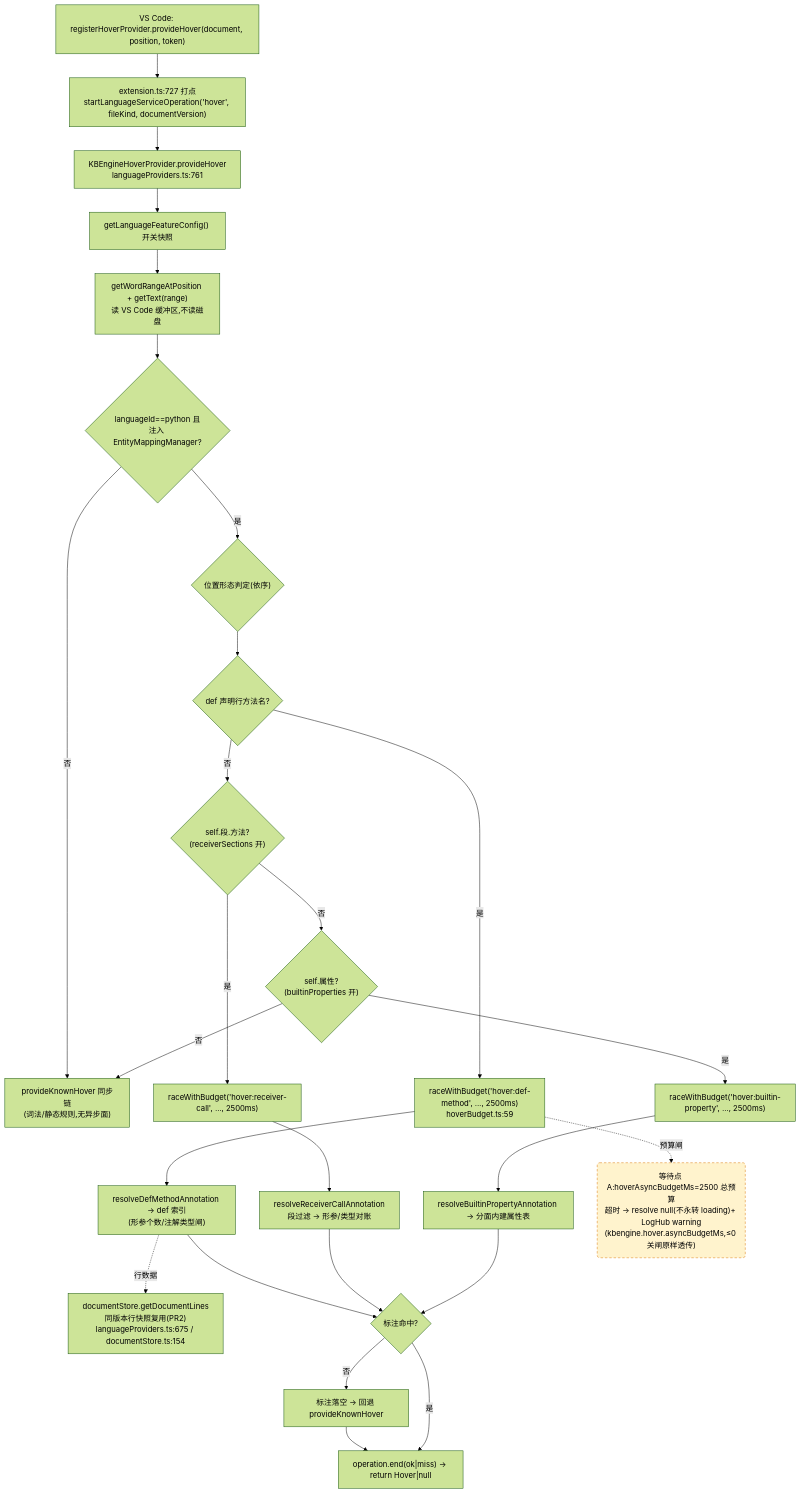
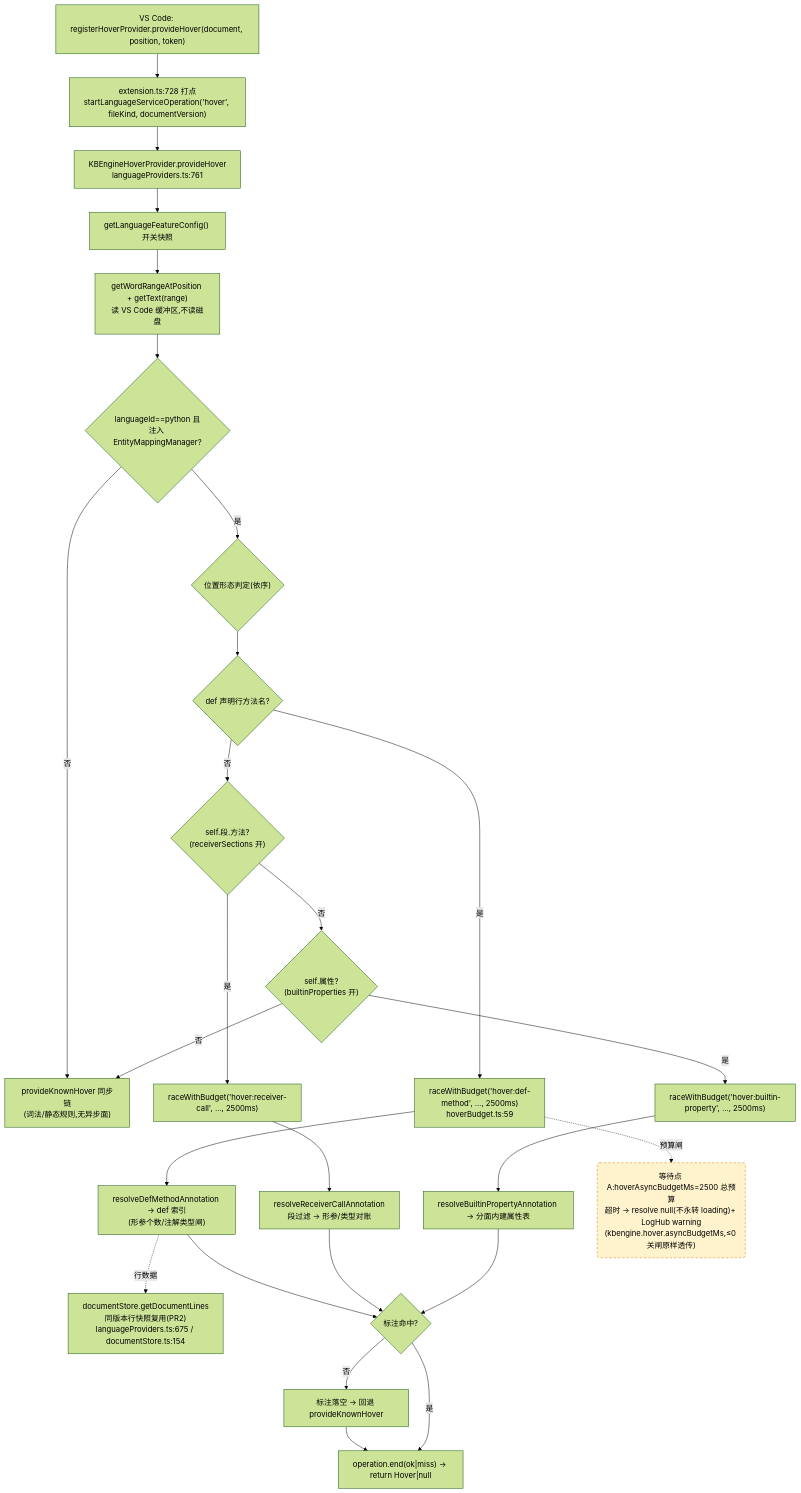
Before and after one commit to cuihairu/kode: the first of 4 diagrams in docs/perf/2026-baseline.md, drawn with Mermaid (forest theme). The commit also changed other lines of this file and 14 other files, not shown here.

````diff
--- a/docs/perf/2026-baseline.md
+++ b/docs/perf/2026-baseline.md
@@ -82,45 +82,45 @@
 ```mermaid
 flowchart TD
   VC1["VS Code: registerHoverProvider.provideHover(document, position, token)"]
-  M1["extension.ts:727 打点<br/>startLanguageServiceOperation('hover', fileKind, documentVersion)"]
+  M1["extension.ts:728 打点<br/>startLanguageServiceOperation('hover', fileKind, documentVersion)"]
   HP["KBEngineHoverProvider.provideHover<br/>languageProviders.ts:761"]
   CFG["getLanguageFeatureConfig() 开关快照"]
   WORD["getWordRangeAtPosition + getText(range)<br/>读 VS Code 缓冲区,不读磁盘"]
   BR{"languageId==python 且<br/>注入 EntityMappingManager?"}
   KN["provideKnownHover 同步链<br/>(词法/静态规则,无异步面)"]
   POS{"位置形态判定(依序)"}
   D1{"def 声明行方法名?"}
   D2{"self.段.方法?<br/>(receiverSections 开)"}
   D3{"self.属性?<br/>(builtinProperties 开)"}
   RA1["raceWithBudget('hover:def-method', …, 2500ms)<br/>hoverBudget.ts:59"]
   RA2["raceWithBudget('hover:receiver-call', …, 2500ms)"]
   RA3["raceWithBudget('hover:builtin-property', …, 2500ms)"]
   RS1["resolveDefMethodAnnotation → def 索引<br/>(形参个数/注解类型闸)"]
   RS2["resolveReceiverCallAnnotation<br/>段过滤 → 形参/类型对账"]
   RS3["resolveBuiltinPropertyAnnotation → 分面内建属性表"]
   LINES["documentStore.getDocumentLines<br/>同版本行快照复用(PR2)<br/>languageProviders.ts:675 / documentStore.ts:154"]
   MISS["标注落空 → 回退 provideKnownHover"]
   END1["operation.end(ok|miss) → return Hover|null"]
 
   VC1 --> M1 --> HP --> CFG --> WORD --> BR
   BR -- "否" --> KN
   BR -- "是" --> POS --> D1
   D1 -- "是" --> RA1 --> RS1
   D1 -- "否" --> D2
   D2 -- "是" --> RA2 --> RS2
   D2 -- "否" --> D3
   D3 -- "是" --> RA3 --> RS3
   D3 -- "否" --> KN
   RS1 --> HIT{"标注命中?"}
   RS2 --> HIT
   RS3 --> HIT
   RS1 -.->|行数据| LINES
   HIT -- "否" --> MISS --> END1
   HIT -- "是" --> END1
 
   WAITA("等待点 A:hoverAsyncBudgetMs=2500 总预算<br/>超时 → resolve null(不永转 loading)+ LogHub warning<br/>(kbengine.hover.asyncBudgetMs,≤0 关闸原样透传)")
   RA1 -.->|预算闸| WAITA
 
   classDef waitPoint fill:#fff3cd,stroke:#d97706,stroke-dasharray:5 4;
   class WAITA waitPoint;
 ```
````
